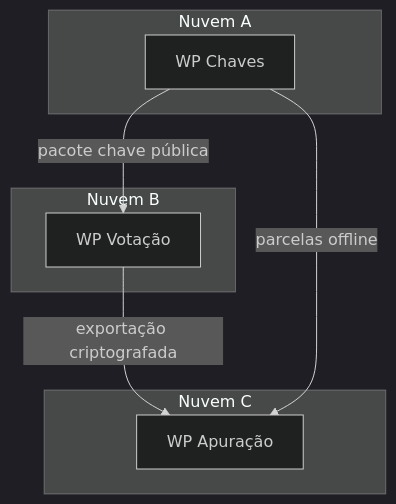
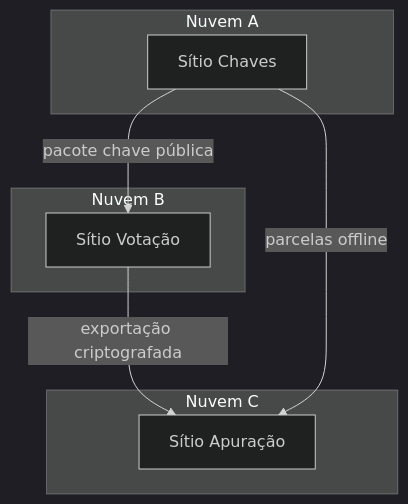
Before and after one commit to mleocunha/mleocunha: the diagram in relatasoft-secure-election-suite/docs/conhecimento/implantacao-3wp.md, drawn with Mermaid (dark theme). The commit also changed other lines of this file and 13 other files, not shown here.

````diff
--- a/relatasoft-secure-election-suite/docs/conhecimento/implantacao-3wp.md
+++ b/relatasoft-secure-election-suite/docs/conhecimento/implantacao-3wp.md
@@ -17,15 +17,15 @@
 ```mermaid
 flowchart TB
   subgraph C1[Nuvem A]
-    KA[WP Chaves]
+    KA[Sítio Chaves]
   end
   subgraph C2[Nuvem B]
-    VT[WP Votação]
+    VT[Sítio Votação]
   end
   subgraph C3[Nuvem C]
-    TL[WP Apuração]
+    TL[Sítio Apuração]
   end
   KA -->|pacote chave pública| VT
   VT -->|exportação criptografada| TL
   KA -->|parcelas offline| TL
 ```
````
